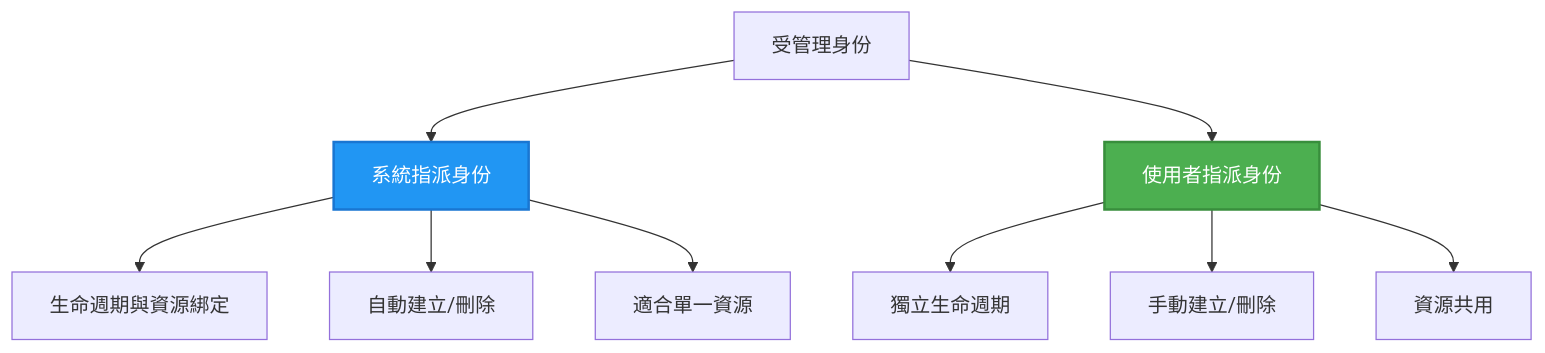
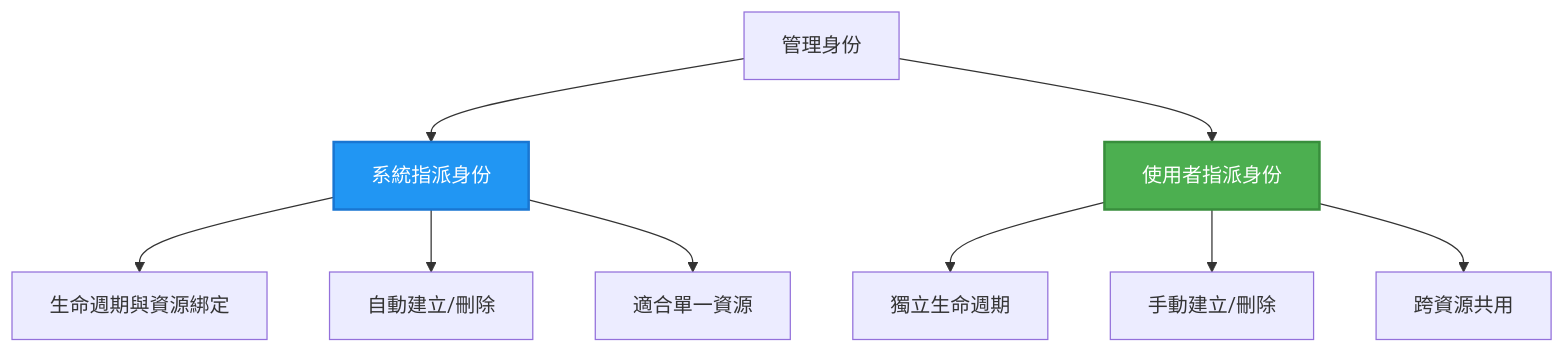
One commit to microsoft/AZD-for-beginners changed the second of 2 diagrams in translations/zh-HK/docs/chapter-03-configuration/authsecurity.md. Above: the diagram before and after it, drawn with Mermaid. The commit also changed other lines of this file and 104 other files, not shown here.

````diff
--- a/translations/zh-HK/docs/chapter-03-configuration/authsecurity.md
+++ b/translations/zh-HK/docs/chapter-03-configuration/authsecurity.md
@@ -97,20 +98,20 @@
 ```mermaid
 graph TB
-    MI[受管理身份]
+    MI[管理身份]
     SystemAssigned[系統指派身份]
     UserAssigned[使用者指派身份]
     
     MI --> SystemAssigned
     MI --> UserAssigned
     
     SystemAssigned --> SA1[生命週期與資源綁定]
     SystemAssigned --> SA2[自動建立/刪除]
     SystemAssigned --> SA3[適合單一資源]
     
     UserAssigned --> UA1[獨立生命週期]
     UserAssigned --> UA2[手動建立/刪除]
-    UserAssigned --> UA3[資源共用]
+    UserAssigned --> UA3[跨資源共用]
     
     style SystemAssigned fill:#2196F3,stroke:#1976D2,stroke-width:2px,color:#fff
     style UserAssigned fill:#4CAF50,stroke:#388E3C,stroke-width:2px,color:#fff
 ```
````
